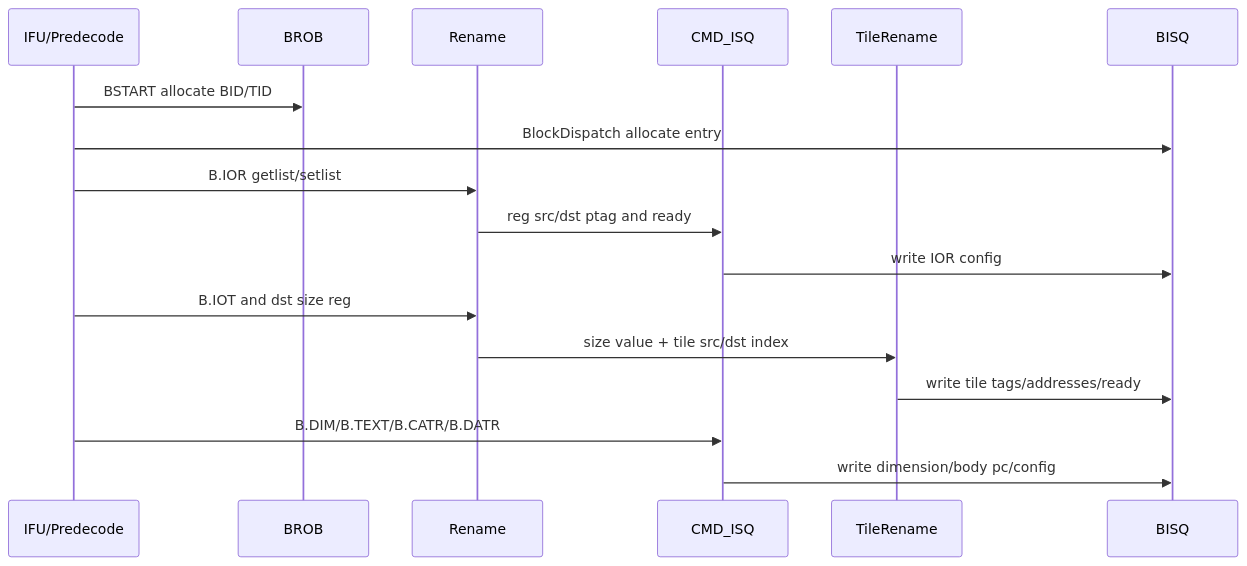
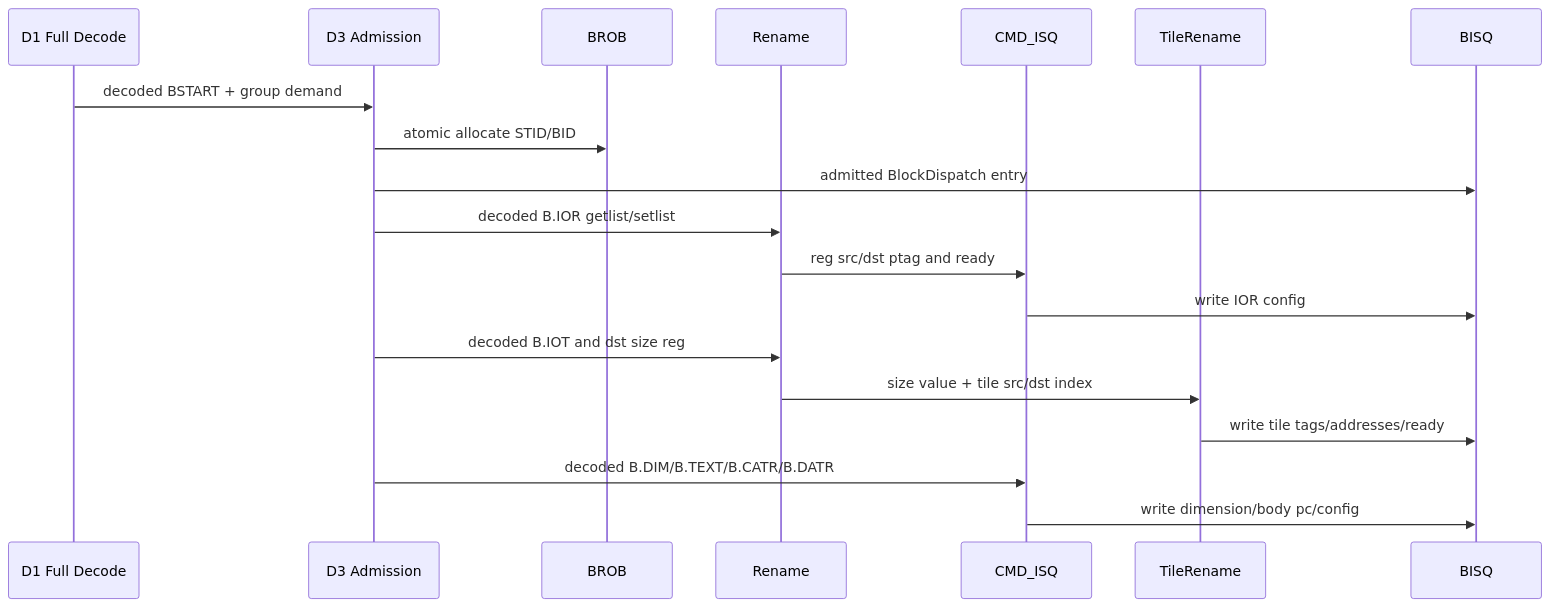
One commit to LinxISA/LinxCore changed the second of 3 diagrams in docs/architecture/Janus/BCC/JCore_BCC_AS.md. Above: the diagram before and after it, drawn with Mermaid. The commit also changed other lines of this file and 73 other files, not shown here.

````diff
--- a/docs/architecture/Janus/BCC/JCore_BCC_AS.md
+++ b/docs/architecture/Janus/BCC/JCore_BCC_AS.md
@@ -246,20 +240,22 @@
 ```mermaid
 sequenceDiagram
-  participant IFU as IFU/Predecode
+  participant D1 as D1 Full Decode
+  participant D3 as D3 Admission
   participant BROB as BROB
   participant REN as Rename
   participant CMD as CMD_ISQ
   participant TR as TileRename
   participant BISQ as BISQ
 
-  IFU->>BROB: BSTART allocate BID/TID
-  IFU->>BISQ: BlockDispatch allocate entry
-  IFU->>REN: B.IOR getlist/setlist
+  D1->>D3: decoded BSTART + group demand
+  D3->>BROB: atomic allocate STID/BID
+  D3->>BISQ: admitted BlockDispatch entry
+  D3->>REN: decoded B.IOR getlist/setlist
   REN->>CMD: reg src/dst ptag and ready
   CMD->>BISQ: write IOR config
-  IFU->>REN: B.IOT and dst size reg
+  D3->>REN: decoded B.IOT and dst size reg
   REN->>TR: size value + tile src/dst index
   TR->>BISQ: write tile tags/addresses/ready
-  IFU->>CMD: B.DIM/B.TEXT/B.CATR/B.DATR
+  D3->>CMD: decoded B.DIM/B.TEXT/B.CATR/B.DATR
   CMD->>BISQ: write dimension/body pc/config
 ```
````
